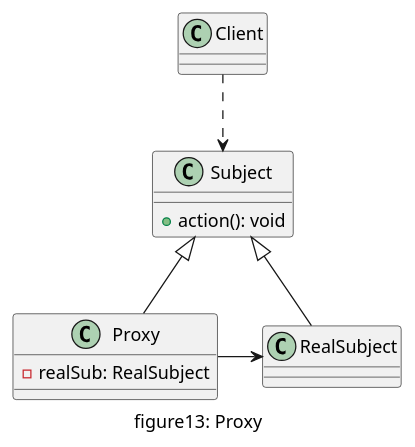
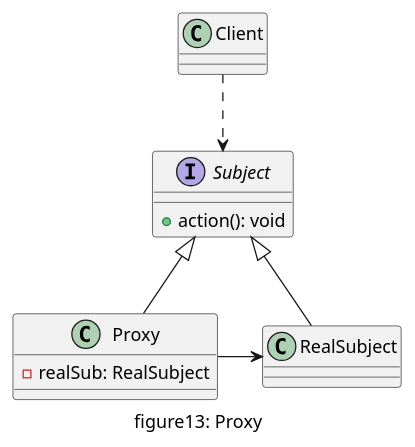
One commit to daileyet/designpattern4cplusplus changed the diagram in doc/uml/13_proxy.pu. Above: the diagram before and after it, drawn with PlantUML. The commit also changed 32 other files, not shown here.

Commit message:
add iterator and change uml before

```diff
--- a/doc/uml/13_proxy.pu
+++ b/doc/uml/13_proxy.pu
@@ -1,21 +1,21 @@
 @startuml "figure13_proxy"
 caption figure13: Proxy
 
-class Subject{
+interface Subject{
     + action(): void
 }
 
 class Proxy{
     - realSub: RealSubject
 }
 
 class RealSubject{}
 
 class Client{}
 
 Subject <|-- RealSubject
 Subject <|-- Proxy
 Proxy -right-> RealSubject
 Client ..> Subject 
 
 @enduml
```
